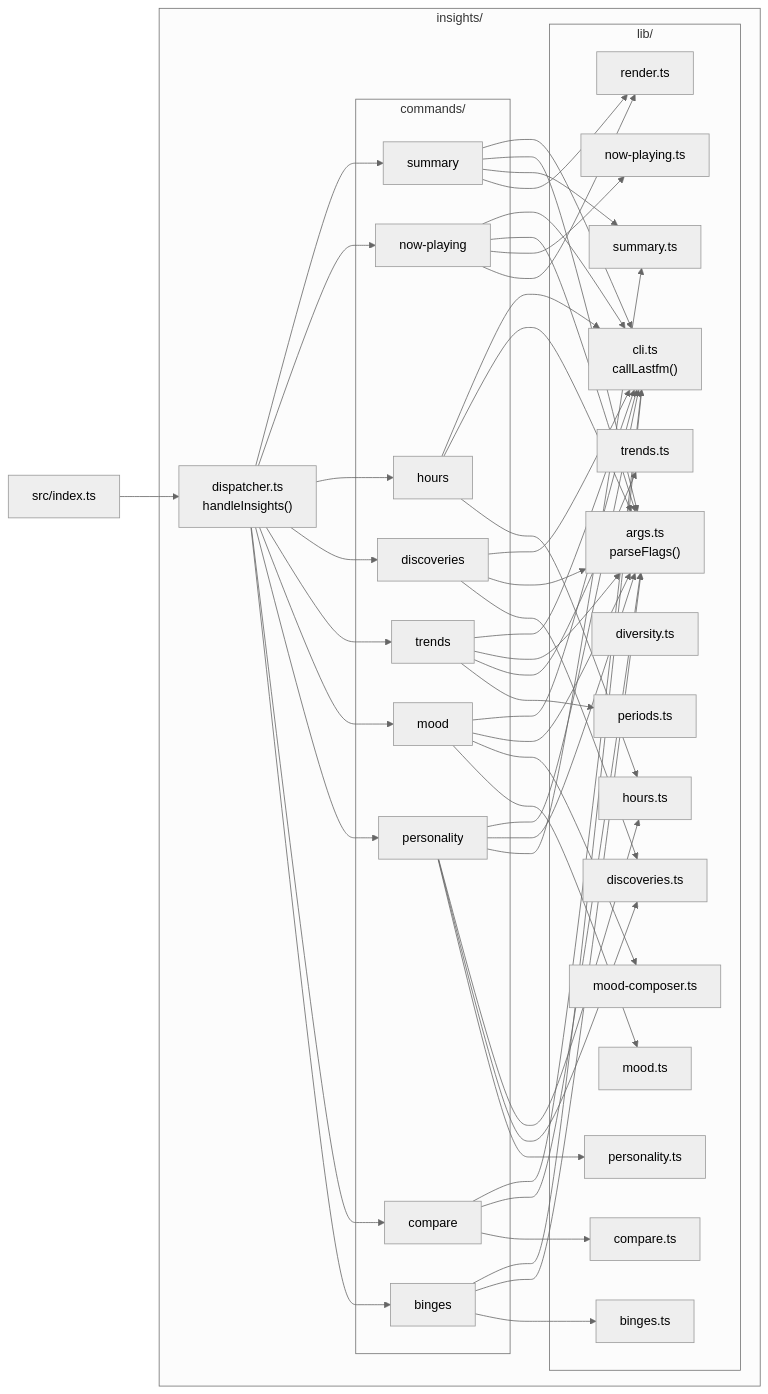
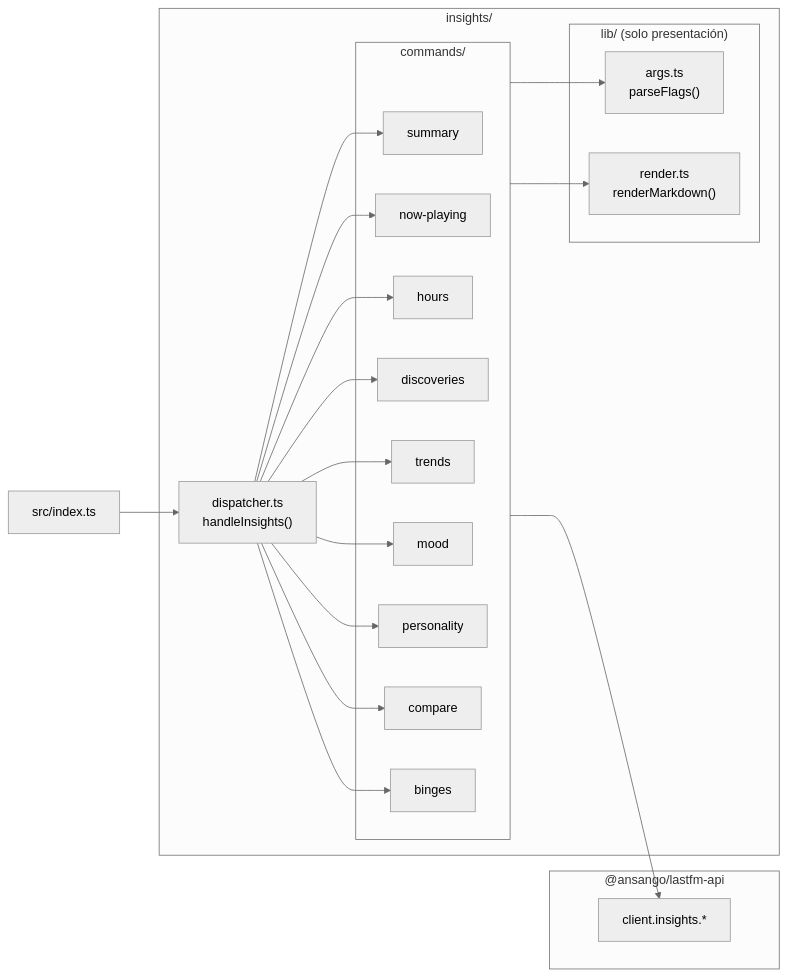
Before and after one commit to ansango/lastfm-cli: the diagram in src/insights/README.es.md, drawn with Mermaid (neutral theme). The commit also changed other lines of this file and 50 other files, not shown here.

Commit message:
refactor(insights): delegate analytical commands to @ansango/lastfm-api/insights (closes #19, #20, #21, #22, #23, #24, #25)

````diff
--- a/src/insights/README.es.md
+++ b/src/insights/README.es.md
@@ -17,51 +13,35 @@
 ```mermaid
 graph LR
   IDX["src/index.ts"]
 
   subgraph INS["insights/"]
     DISP["dispatcher.ts<br/>handleInsights()"]
 
     subgraph CMD["commands/"]
       C1[summary]
       C2[now-playing]
       C3[hours]
       C4[discoveries]
       C5[trends]
       C6[mood]
       C7[personality]
       C8[compare]
       C9[binges]
     end
 
-    subgraph LIB["lib/"]
-      L_CLI["cli.ts<br/>callLastfm()"]
+    subgraph LIB["lib/ (solo presentación)"]
       L_ARGS["args.ts<br/>parseFlags()"]
-      L_PER["periods.ts"]
-      L_SUM["summary.ts"]
-      L_NP["now-playing.ts"]
-      L_HRS["hours.ts"]
-      L_DIV["diversity.ts"]
-      L_DSC["discoveries.ts"]
-      L_TRD["trends.ts"]
-      L_MOO["mood.ts"]
-      L_MOC["mood-composer.ts"]
-      L_PER2["personality.ts"]
-      L_CMP["compare.ts"]
-      L_BNG["binges.ts"]
-      L_RND["render.ts"]
+      L_RND["render.ts<br/>renderMarkdown()"]
     end
+  end
+
+  subgraph SDK["@ansango/lastfm-api"]
+    API["client.insights.*"]
   end
 
   IDX --> DISP
   DISP --> C1 & C2 & C3 & C4 & C5 & C6 & C7 & C8 & C9
-
-  C1 --> L_CLI & L_ARGS & L_SUM & L_RND
-  C2 --> L_CLI & L_ARGS & L_NP & L_RND
-  C3 --> L_CLI & L_ARGS & L_HRS
-  C4 --> L_CLI & L_ARGS & L_DSC
-  C5 --> L_CLI & L_ARGS & L_TRD & L_PER
-  C6 --> L_CLI & L_ARGS & L_MOC & L_MOO
-  C7 --> L_CLI & L_ARGS & L_SUM & L_HRS & L_DSC & L_PER2
-  C8 --> L_CLI & L_ARGS & L_CMP
-  C9 --> L_CLI & L_ARGS & L_BNG
+  CMD --> L_ARGS
+  CMD --> L_RND
+  CMD --> API
 ```
````
